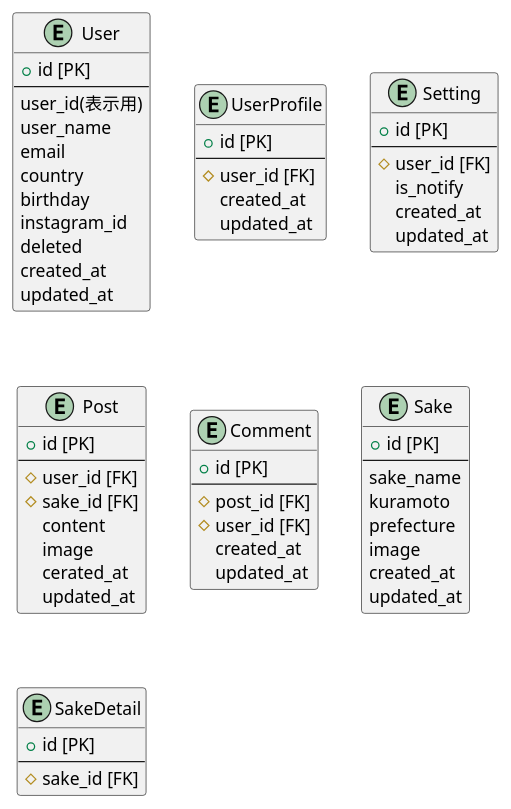
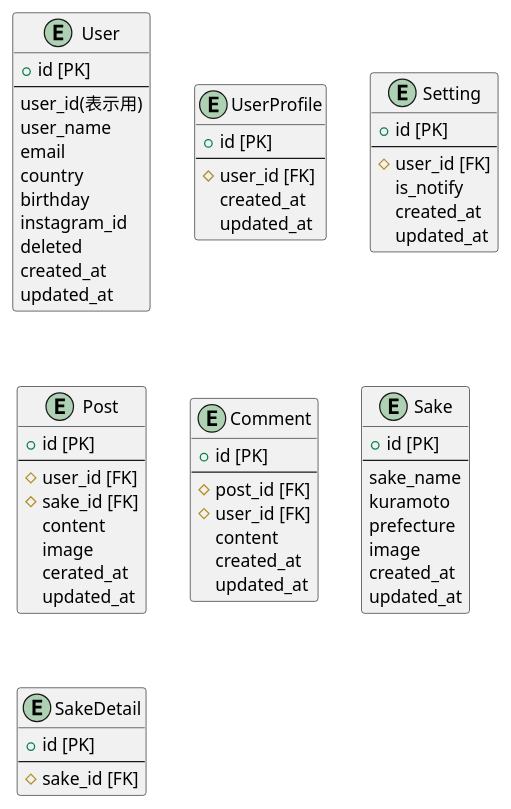
The diagram in er.puml (Gaku301/sake), drawn with PlantUML before and after one commit. The commit also changed 73 other files, not shown here.

```diff
--- a/er.puml
+++ b/er.puml
@@ -1,72 +1,73 @@
 @startuml
 
 entity User {
     + id [PK]
     ---
     user_id(表示用)
     user_name
     email
     country
     birthday
     instagram_id
     deleted
     created_at
     updated_at
 }
 
 entity UserProfile {
     + id [PK]
     ---
     # user_id [FK]
     created_at
     updated_at
 }
 
 entity Setting {
     + id [PK]
     ---
     # user_id [FK]
     is_notify
     created_at
     updated_at
 }
 
 entity Post {
     + id [PK]
     ---
     # user_id [FK]
     # sake_id [FK]
     content
     image
     cerated_at
     updated_at
 }
 
 entity Comment {
     + id [PK]
     ---
     # post_id [FK]
     # user_id [FK]
+    content
     created_at
     updated_at
 }
 
 entity Sake {
     + id [PK]
     ---
     sake_name
     kuramoto
     prefecture
     image
     created_at
     updated_at
 }
 
 entity SakeDetail {
     + id [PK]
     ---
     # sake_id [FK]
 }
 
 
 @enduml
```
